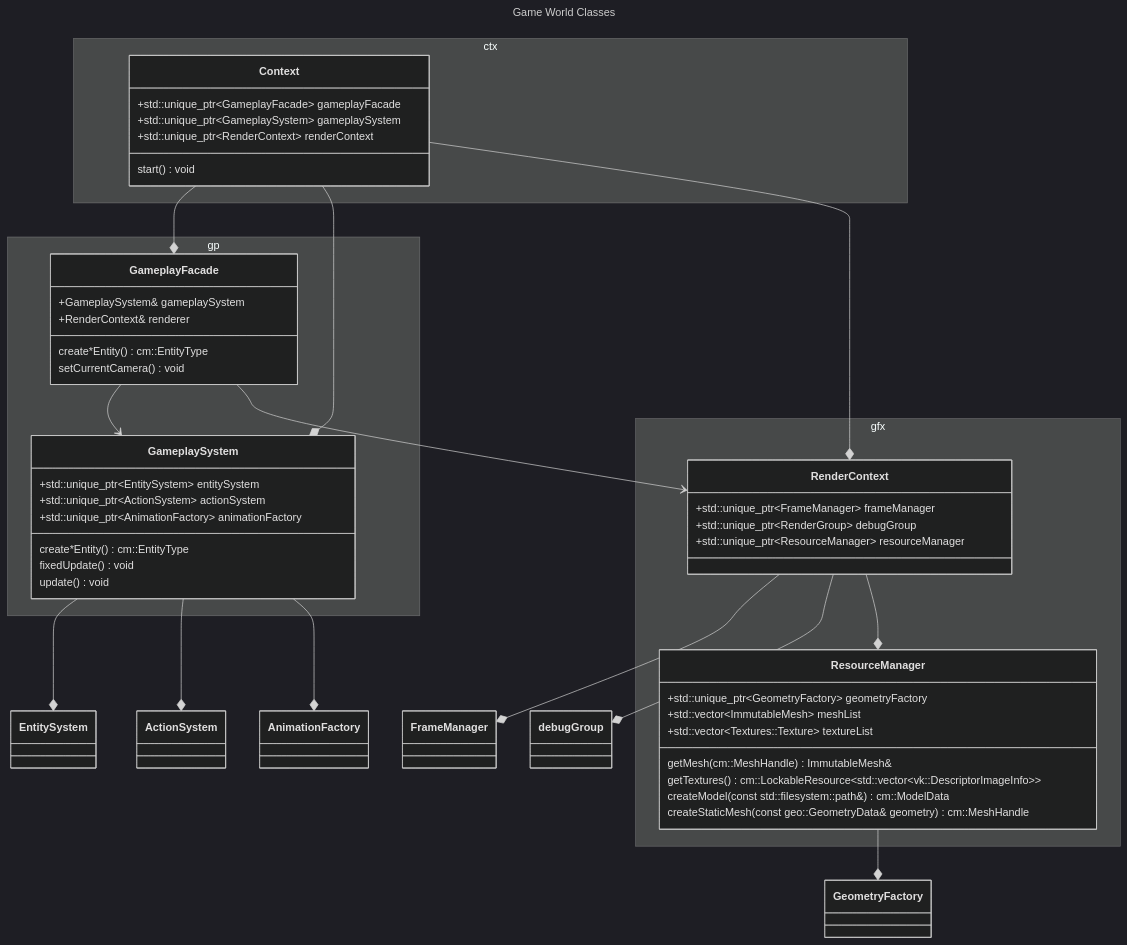
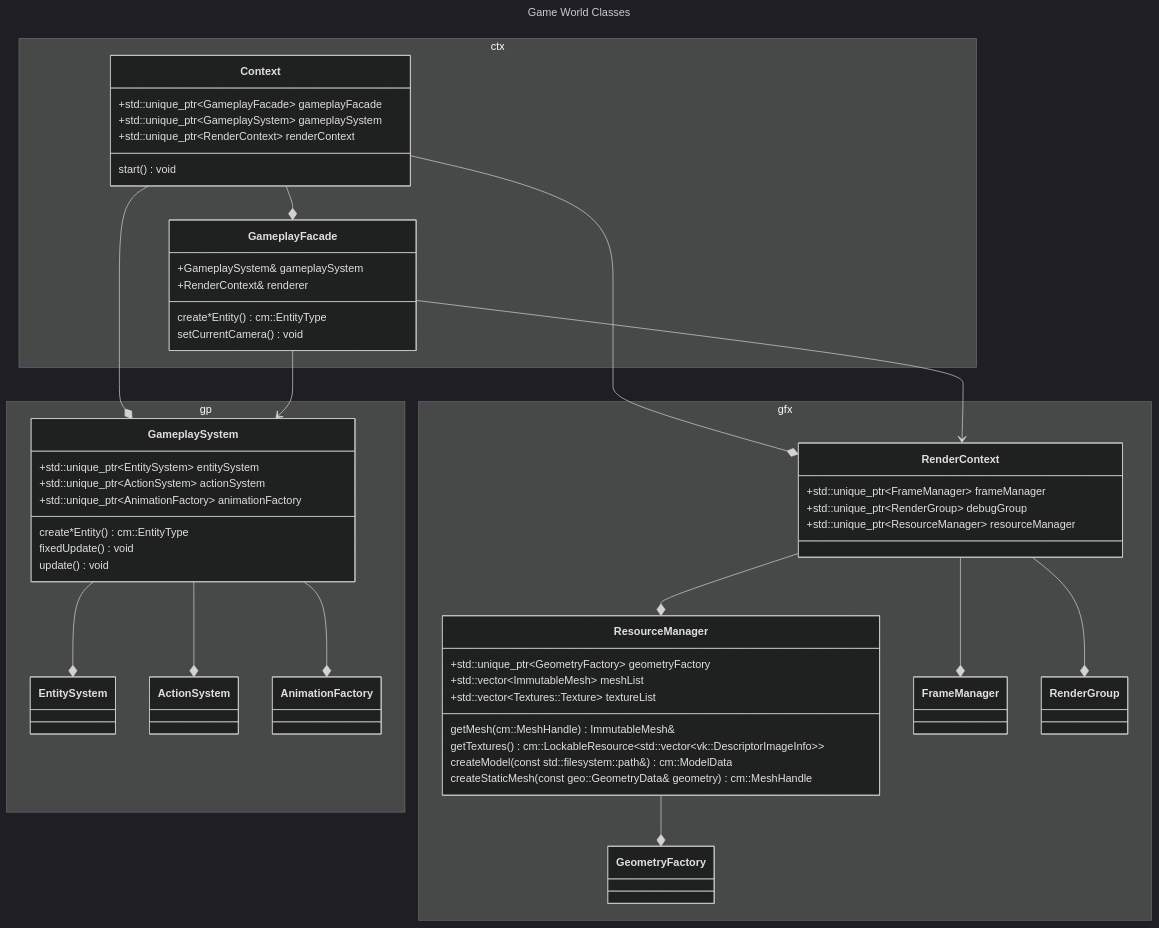
One commit to matt328/triton changed the first of 4 diagrams in design.md. Above: the diagram before and after it, drawn with Mermaid (dark theme). The commit also changed other lines of this file and 4 other files, not shown here.

````diff
--- a/design.md
+++ b/design.md
@@ -228,15 +228,16 @@
       +std::unique_ptr~RenderContext~ renderContext
       start() void
    }
-}
 
-namespace gp {
    class GameplayFacade{
       +GameplaySystem& gameplaySystem
       +RenderContext& renderer
       create*Entity() cm::EntityType
       setCurrentCamera() void
    }
+}
+
+namespace gp {
 
    class GameplaySystem {
       +std::unique_ptr~EntitySystem~ entitySystem
@@ -245,6 +246,18 @@
       create*Entity() cm::EntityType
       fixedUpdate() void
       update() void
+   }
+
+   class EntitySystem {
+
+   }
+
+   class ActionSystem {
+
+   }
+
+   class AnimationFactory {
+
    }
 }
 namespace gfx {
@@ -263,6 +276,18 @@
       createModel(const std::filesystem::path&) cm::ModelData
       createStaticMesh(const geo::GeometryData& geometry) cm::MeshHandle
    }
+
+   class FrameManager {
+
+   }
+
+   class GeometryFactory {
+
+   }
+
+   class RenderGroup {
+
+   }
 }
 Context --* GameplayFacade
 Context --* GameplaySystem
@@ -273,7 +298,7 @@
 GameplaySystem --* ActionSystem
 GameplaySystem --* AnimationFactory
 RenderContext --* FrameManager
-RenderContext --* debugGroup
+RenderContext --* RenderGroup
 RenderContext --* ResourceManager
 ResourceManager --* GeometryFactory
 ```
````
